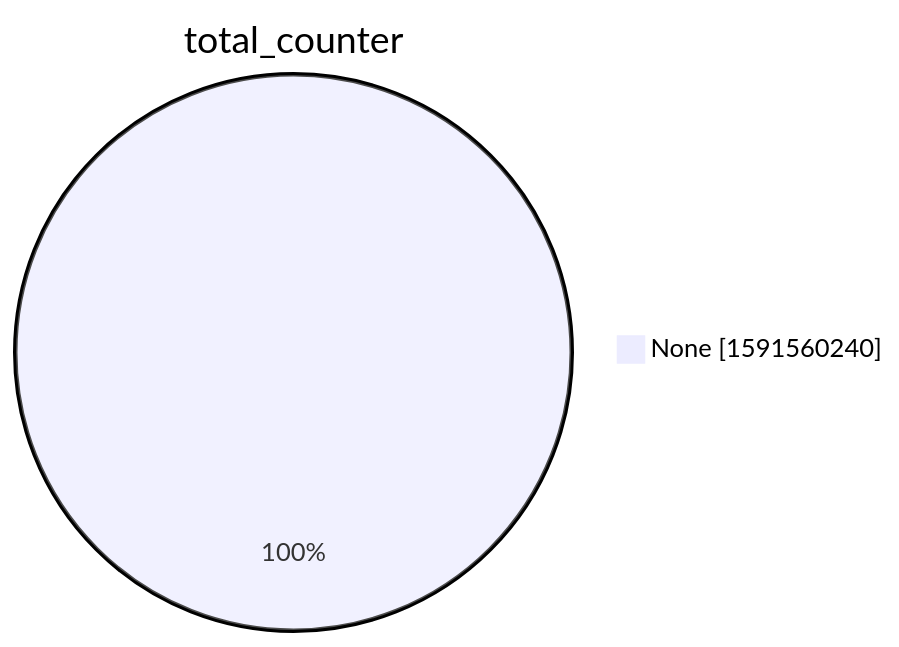
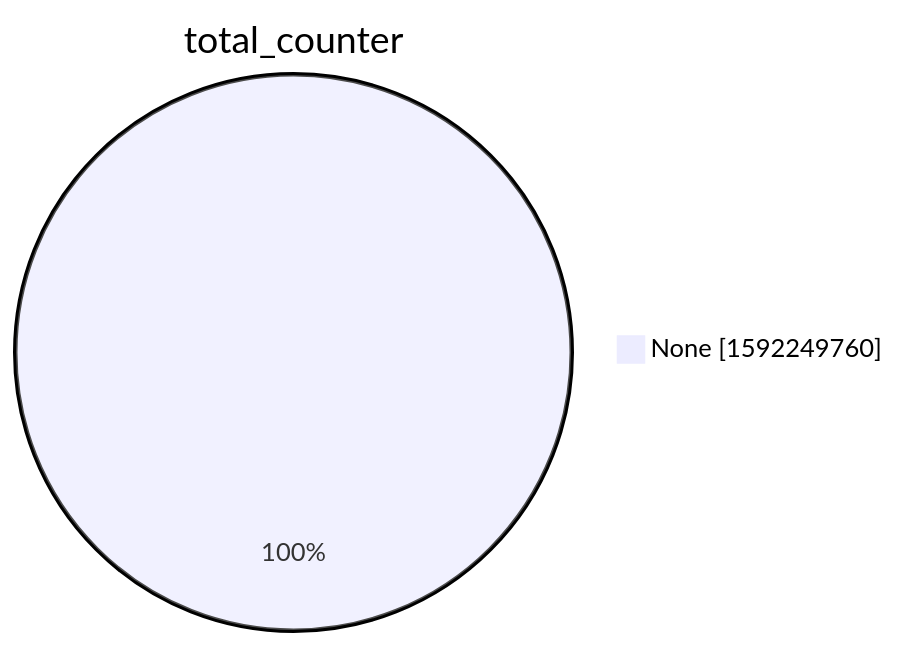
Before and after one commit to christiankrug/ctmonitor_visualization: the second of 15 diagrams in xenon2022/README.md, drawn with Mermaid. The commit also changed other lines of this file, not shown here.

````diff
--- a/xenon2022/README.md
+++ b/xenon2022/README.md
@@ -9,5 +9,5 @@
 ```mermaid
 pie showData
 title total_counter
-"None" :1591560240
+"None" :1592249760
 ```
````
